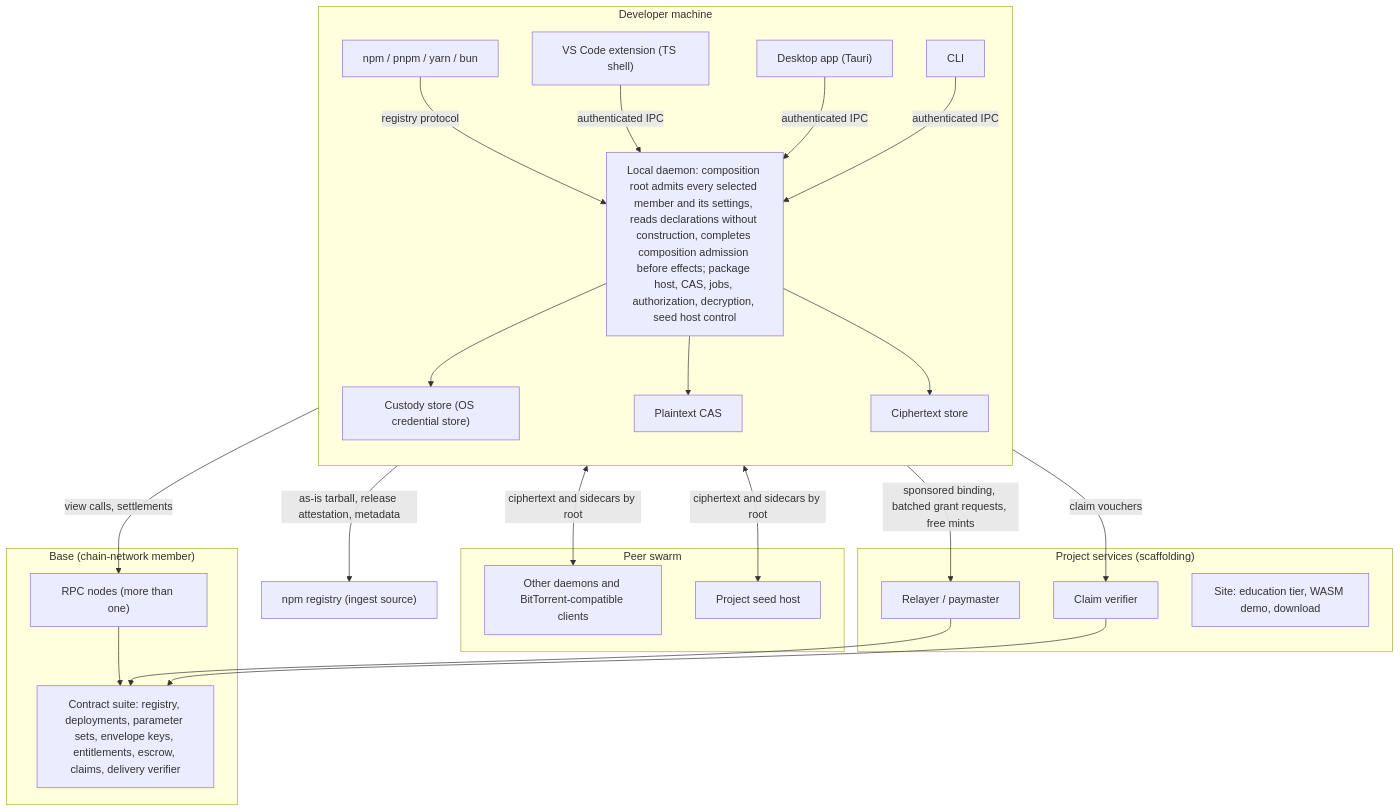
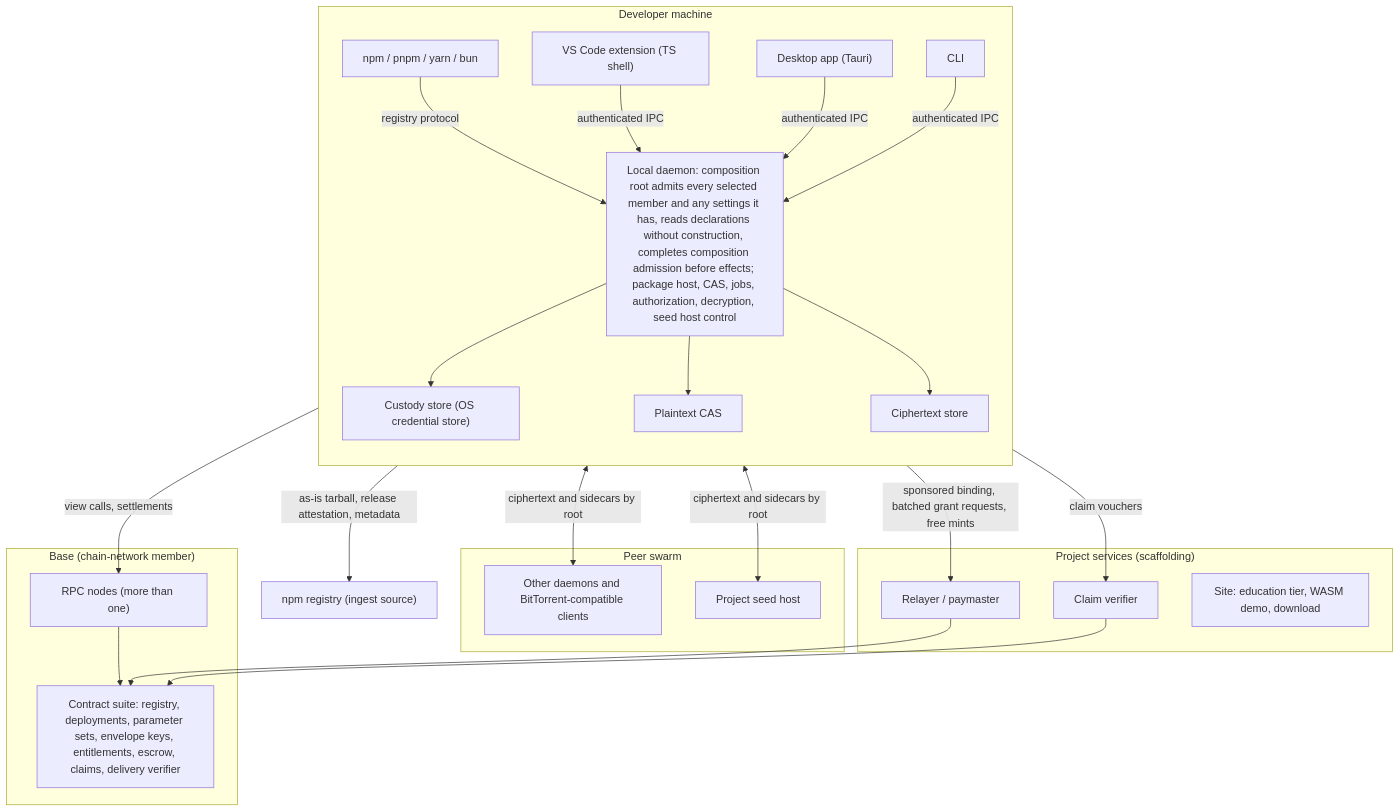
The first of 4 diagrams in docs/project-planning/system-architecture.md (tsylvester/chaintorrent), drawn with Mermaid before and after one commit. The commit also changed other lines of this file and 11 other files, not shown here.

````diff
--- a/docs/project-planning/system-architecture.md
+++ b/docs/project-planning/system-architecture.md
@@ -27,49 +27,49 @@
 ```mermaid
 flowchart TB
     subgraph machine["Developer machine"]
         direction TB
         pm["npm / pnpm / yarn / bun"]
         ext["VS Code extension (TS shell)"]
         desk["Desktop app (Tauri)"]
         cli["CLI"]
-        daemon["Local daemon: composition root admits every selected member and its settings, reads declarations without construction, completes composition admission before effects; package host, CAS, jobs, authorization, decryption, seed host control"]
+        daemon["Local daemon: composition root admits every selected member and any settings it has, reads declarations without construction, completes composition admission before effects; package host, CAS, jobs, authorization, decryption, seed host control"]
         custody["Custody store (OS credential store)"]
         cas["Plaintext CAS"]
         cstore["Ciphertext store"]
         pm -->|registry protocol| daemon
         ext -->|authenticated IPC| daemon
         desk -->|authenticated IPC| daemon
         cli -->|authenticated IPC| daemon
         daemon --> custody
         daemon --> cas
         daemon --> cstore
     end
 
     subgraph swarm["Peer swarm"]
         peers["Other daemons and BitTorrent-compatible clients"]
         seedhost["Project seed host"]
     end
 
     subgraph chain["Base (chain-network member)"]
         contracts["Contract suite: registry, deployments, parameter sets, envelope keys, entitlements, escrow, claims, delivery verifier"]
         rpc["RPC nodes (more than one)"]
     end
 
     subgraph services["Project services (scaffolding)"]
         relayer["Relayer / paymaster"]
         verifier["Claim verifier"]
         site["Site: education tier, WASM demo, download"]
     end
 
     upstream["npm registry (ingest source)"]
 
     daemon <-->|ciphertext and sidecars by root| peers
     daemon <-->|ciphertext and sidecars by root| seedhost
     daemon -->|view calls, settlements| rpc
     rpc --> contracts
     daemon -->|as-is tarball, release attestation, metadata| upstream
     daemon -->|sponsored binding, batched grant requests, free mints| relayer
     relayer --> contracts
     daemon -->|claim vouchers| verifier
     verifier --> contracts
 ```
````
